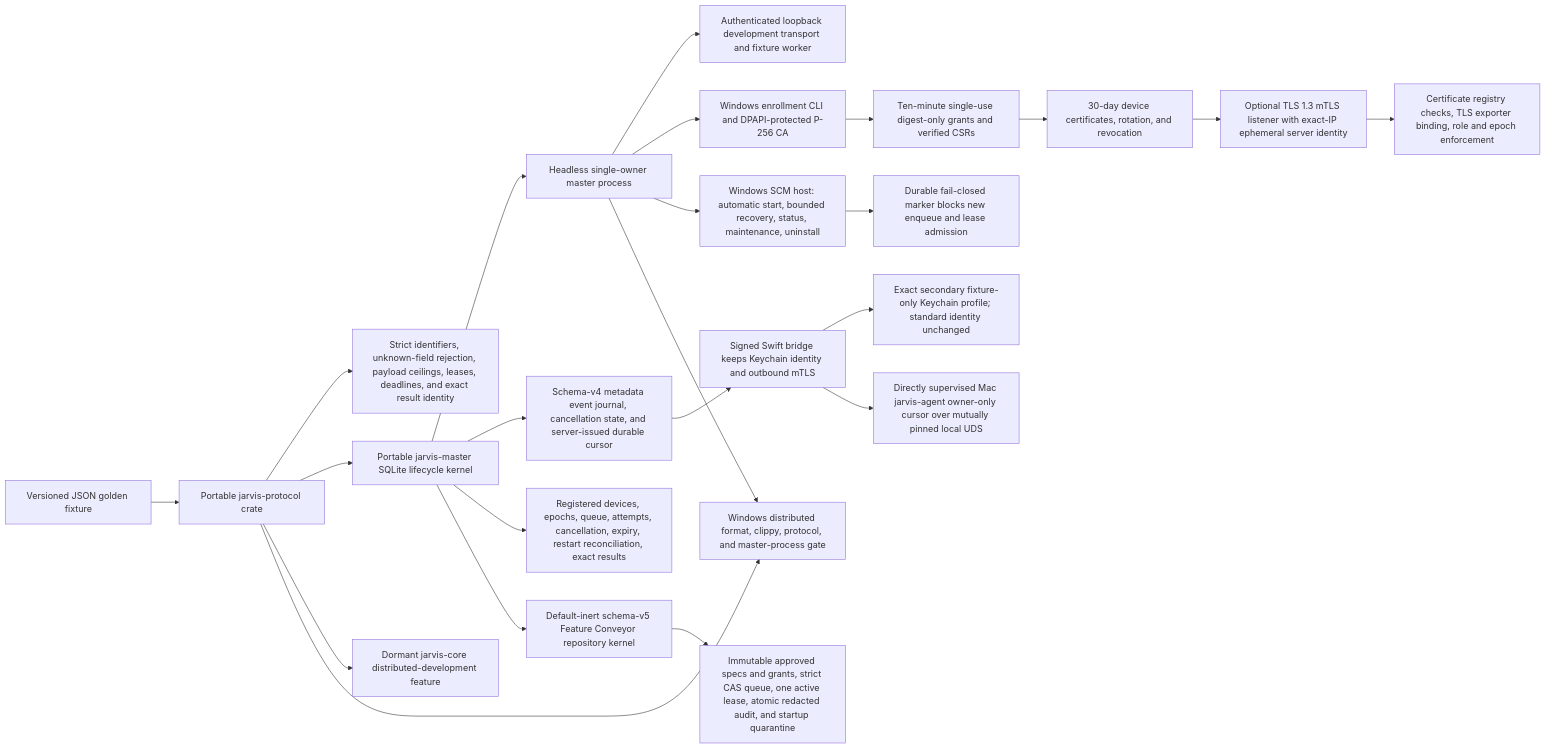
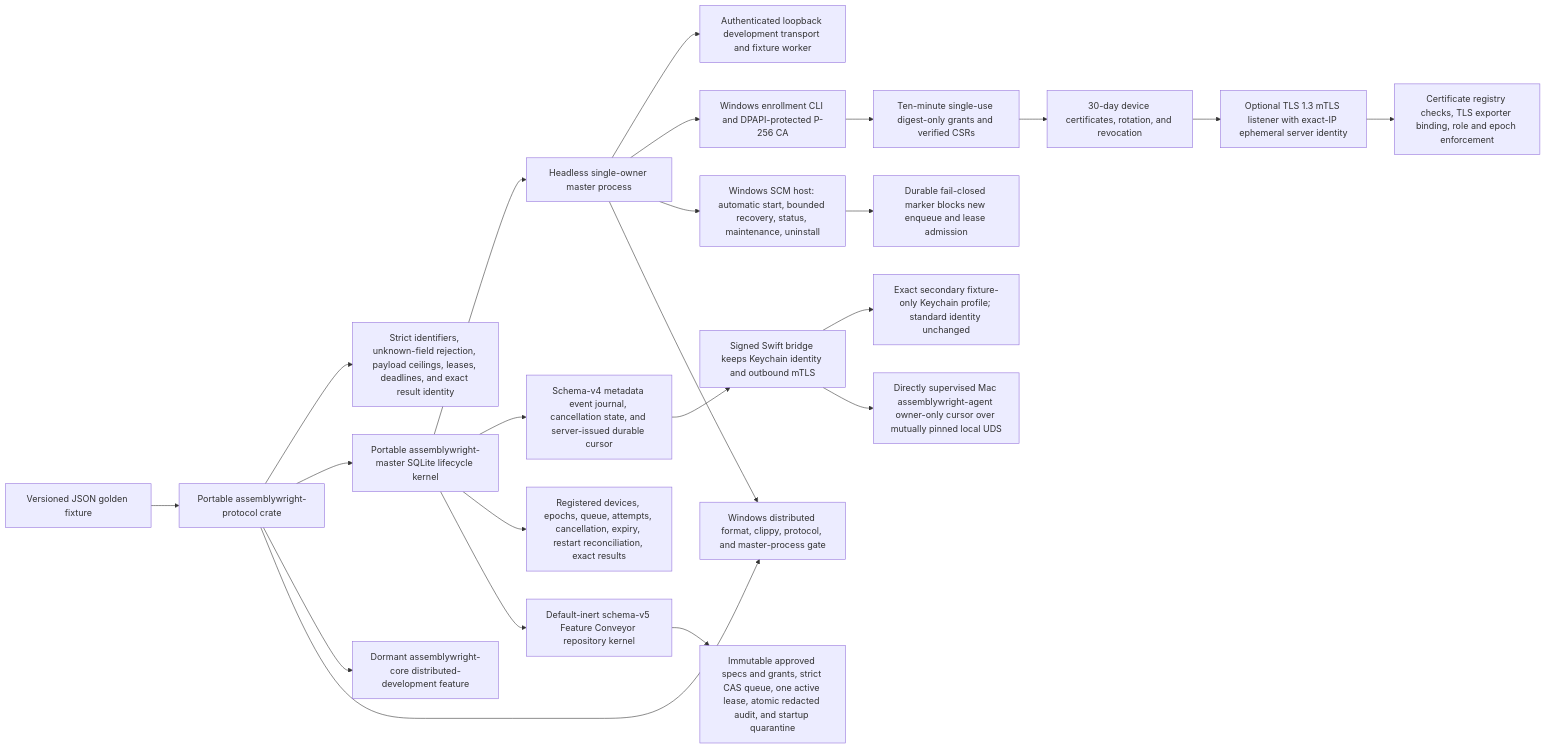
One commit to malak333/Assemblywright changed the first of 2 diagrams in docs/architecture-map.md. Above: the diagram before and after it, drawn with Mermaid. The commit also changed other lines of this file and 85 other files, not shown here.

````diff
--- a/docs/architecture-map.md
+++ b/docs/architecture-map.md
@@ -7,25 +7,25 @@
 ```mermaid
 flowchart LR
-  Fixture["Versioned JSON golden fixture"] --> Protocol["Portable jarvis-protocol crate"]
+  Fixture["Versioned JSON golden fixture"] --> Protocol["Portable assemblywright-protocol crate"]
   Protocol --> Bounds["Strict identifiers, unknown-field rejection, payload ceilings, leases, deadlines, and exact result identity"]
-  Protocol --> Master["Portable jarvis-master SQLite lifecycle kernel"]
+  Protocol --> Master["Portable assemblywright-master SQLite lifecycle kernel"]
   Master --> Process["Headless single-owner master process"]
   Process --> Local["Authenticated loopback development transport and fixture worker"]
   Process --> Identity["Windows enrollment CLI and DPAPI-protected P-256 CA"]
   Identity --> Grants["Ten-minute single-use digest-only grants and verified CSRs"]
   Grants --> Certificates["30-day device certificates, rotation, and revocation"]
   Certificates --> Remote["Optional TLS 1.3 mTLS listener with exact-IP ephemeral server identity"]
   Remote --> Binding["Certificate registry checks, TLS exporter binding, role and epoch enforcement"]
   Master --> Events["Schema-v4 metadata event journal, cancellation state, and server-issued durable cursor"]
   Events --> Helper["Signed Swift bridge keeps Keychain identity and outbound mTLS"]
   Helper --> FixtureIdentity["Exact secondary fixture-only Keychain profile; standard identity unchanged"]
-  Helper --> Agent["Directly supervised Mac jarvis-agent owner-only cursor over mutually pinned local UDS"]
+  Helper --> Agent["Directly supervised Mac assemblywright-agent owner-only cursor over mutually pinned local UDS"]
   Process --> Service["Windows SCM host: automatic start, bounded recovery, status, maintenance, uninstall"]
   Service --> Maintenance["Durable fail-closed marker blocks new enqueue and lease admission"]
   Master --> Durable["Registered devices, epochs, queue, attempts, cancellation, expiry, restart reconciliation, exact results"]
   Master --> Conveyor["Default-inert schema-v5 Feature Conveyor repository kernel"]
   Conveyor --> ConveyorSafety["Immutable approved specs and grants, strict CAS queue, one active lease, atomic redacted audit, and startup quarantine"]
-  Protocol --> Feature["Dormant jarvis-core distributed-development feature"]
+  Protocol --> Feature["Dormant assemblywright-core distributed-development feature"]
   Protocol --> Windows["Windows distributed format, clippy, protocol, and master-process gate"]
   Process --> Windows
 ```
````
